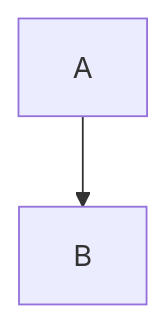
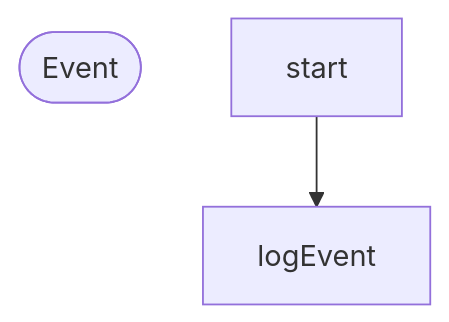
The second of 2 diagrams in logic.md (Lake-Tuggeranong-College/2023S1-Robotics-HT-SmartDevice), drawn with Mermaid before and after one commit. The commit also changed other lines of this file, not shown here.

First line of the commit message:
flowchart 1.0

````diff
--- a/logic.md
+++ b/logic.md
@@ -7,5 +25,8 @@
 ```mermaid
 flowchart TD
-    A-->B
+    Start([Event])
+    
 
+
+start-->logEvent
 ```
````
